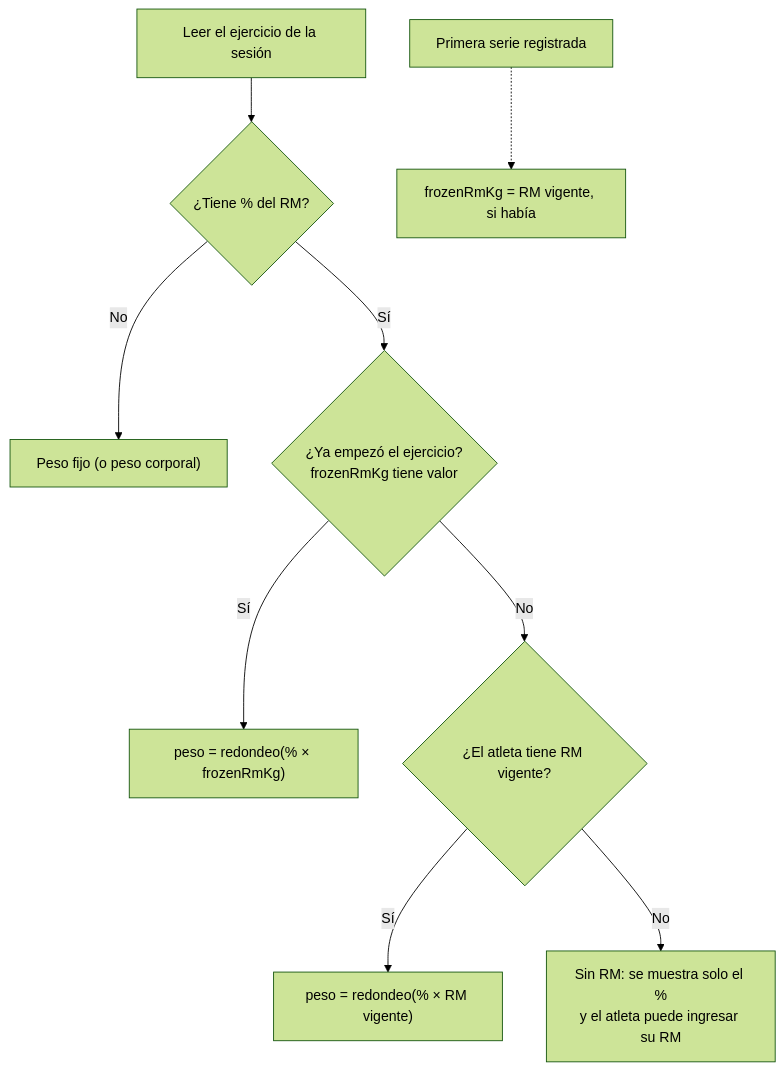
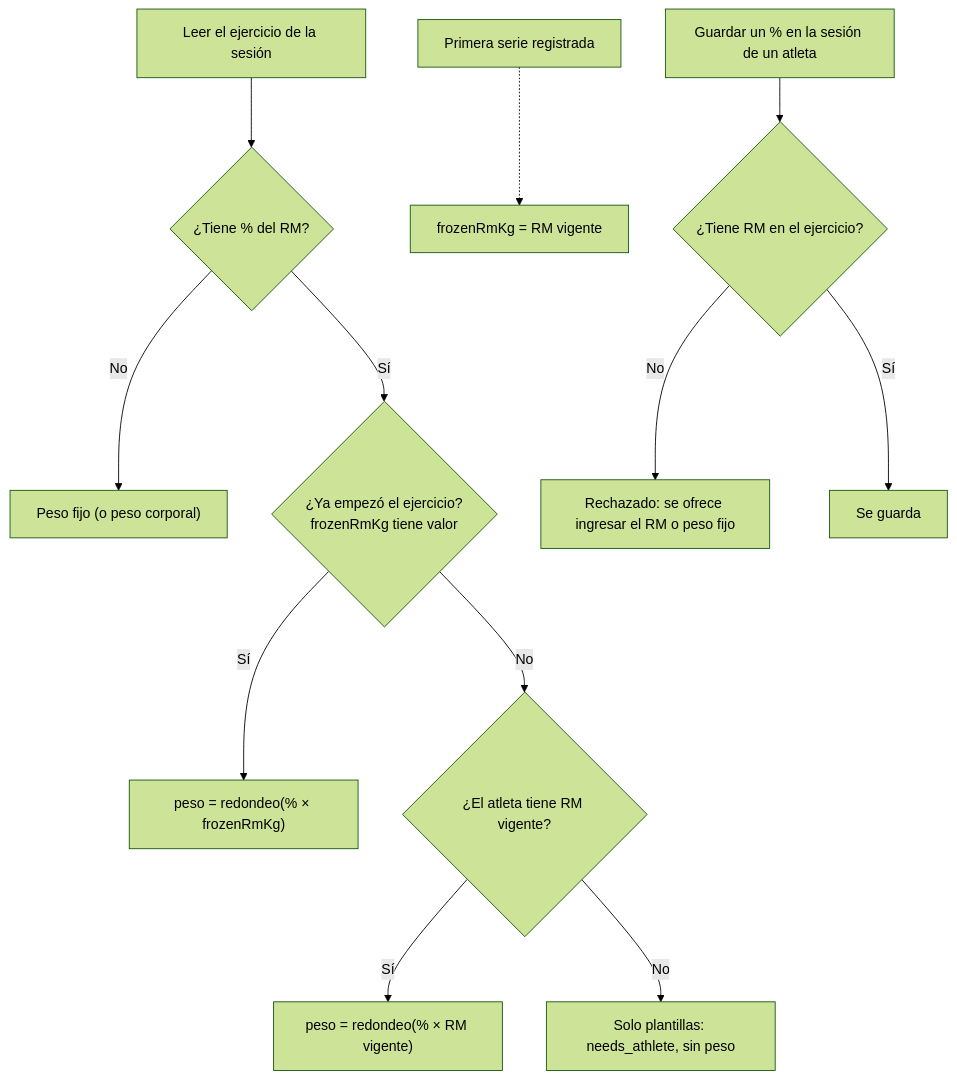
The second of 2 diagrams in docs/diseno/rm-porcentaje/README.md (mariapazGomez/cycles), drawn with Mermaid (forest theme) before and after one commit. The commit also changed other lines of this file and 24 other files, not shown here.

Commit message:
CYC-305: % del RM desactivado sin RM, máximo levantado aparte y RM del atleta como decisión abierta

````diff
--- a/docs/diseno/rm-porcentaje/README.md
+++ b/docs/diseno/rm-porcentaje/README.md
@@ -112,11 +122,14 @@
 ```mermaid
 flowchart TD
   A["Leer el ejercicio de la sesión"] --> B{"¿Tiene % del RM?"}
   B -- No --> C["Peso fijo (o peso corporal)"]
   B -- Sí --> D{"¿Ya empezó el ejercicio?<br/>frozenRmKg tiene valor"}
   D -- Sí --> E["peso = redondeo(% × frozenRmKg)"]
   D -- No --> F{"¿El atleta tiene RM vigente?"}
   F -- Sí --> G["peso = redondeo(% × RM vigente)"]
-  F -- No --> H["Sin RM: se muestra solo el %<br/>y el atleta puede ingresar su RM"]
-  I["Primera serie registrada"] -.-> J["frozenRmKg = RM vigente, si había"]
+  F -- No --> H["Solo plantillas: needs_athlete, sin peso"]
+  I["Primera serie registrada"] -.-> J["frozenRmKg = RM vigente"]
+  K["Guardar un % en la sesión de un atleta"] --> L{"¿Tiene RM en el ejercicio?"}
+  L -- No --> M["Rechazado: se ofrece ingresar el RM o peso fijo"]
+  L -- Sí --> N["Se guarda"]
 ```
````
